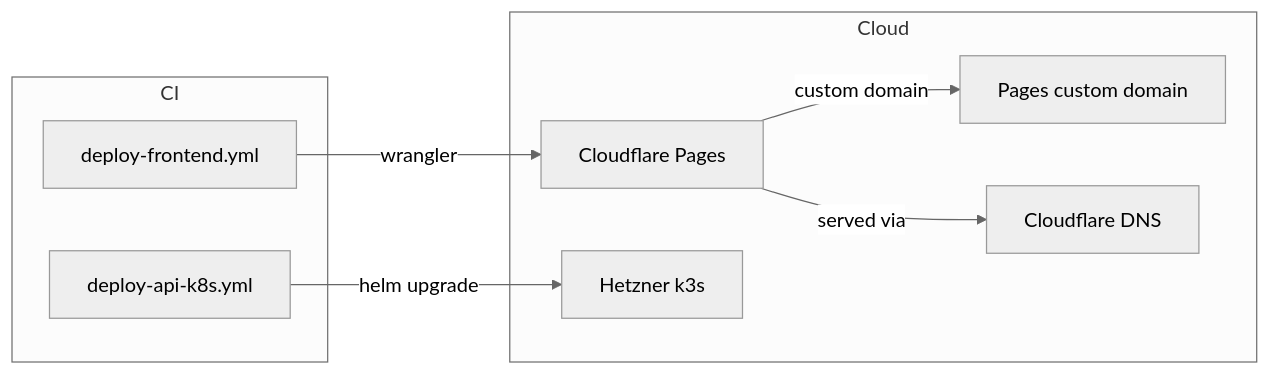
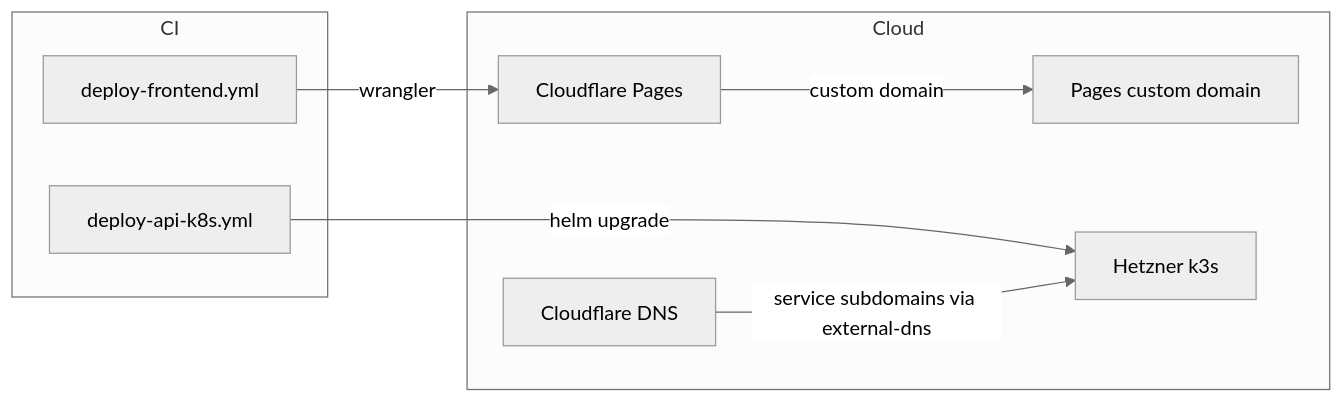
The second of 5 diagrams in README.md (Ishou/wordsparrow), drawn with Mermaid (neutral theme) before and after one commit. The commit also changed 1 other file, not shown here.

Commit message:
fix(infra-diagrams): correct cloud diagram DNS wiring
The cloud diagram implied "Cloudflare Pages served via Cloudflare DNS", but the
only terraform-managed cloudflare_dns_record is a google-site-verification TXT.
The real service-subdomain DNS (api/game/auth/otlp/dashboard -> Hetzner k3s) is
managed by external-dns from Ingress host annotations, not terraform. Drops the
misleading pages->dns edge and adds dns->k3s labelled with that mechanism.

````diff
--- a/README.md
+++ b/README.md
@@ -104,17 +104,17 @@
 ```mermaid
 flowchart LR
   subgraph CI
     deploy_api_k8s["deploy-api-k8s.yml"]
     deploy_frontend["deploy-frontend.yml"]
   end
   subgraph Cloud
     pages["Cloudflare Pages"]
     pagesdomain["Pages custom domain"]
     dns["Cloudflare DNS"]
     k3s["Hetzner k3s"]
   end
   deploy_frontend -->|wrangler| pages
   deploy_api_k8s -->|helm upgrade| k3s
   pages -->|custom domain| pagesdomain
-  pages -->|served via| dns
+  dns -->|service subdomains via external-dns| k3s
 ```
````
